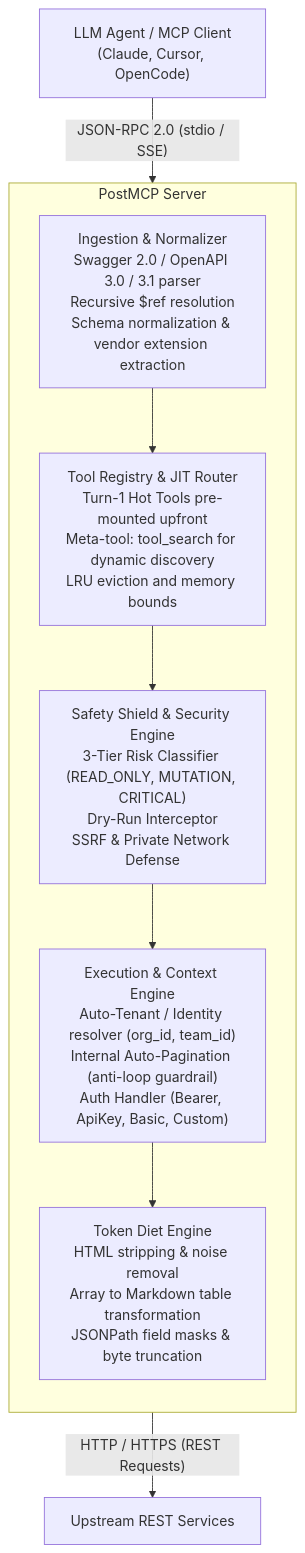
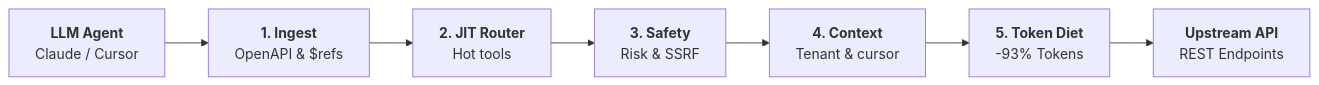
One commit to BraveRam/postmcp changed the diagram in packages/studio/content/docs/architecture.mdx. Above: the diagram before and after it, drawn with Mermaid. The commit also changed 2 other files, not shown here.

Commit message:
style(docs): optimize architecture and token-diet diagrams to horizontal layout with concise labels

````diff
--- a/packages/studio/content/docs/architecture.mdx
+++ b/packages/studio/content/docs/architecture.mdx
@@ -10,21 +10,10 @@
 ```mermaid
-graph TD
-  Client["LLM Agent / MCP Client<br/>(Claude, Cursor, OpenCode)"]
-  Client -->|"JSON-RPC 2.0 (stdio / SSE)"| Engine["PostMCP Server"]
-
-  subgraph Engine ["PostMCP Server"]
-    direction TB
-    P1["Ingestion & Normalizer<br/>Swagger 2.0 / OpenAPI 3.0 / 3.1 parser<br/>Recursive $ref resolution<br/>Schema normalization & vendor extension extraction"]
-    P2["Tool Registry & JIT Router<br/>Turn-1 Hot Tools pre-mounted upfront<br/>Meta-tool: tool_search for dynamic discovery<br/>LRU eviction and memory bounds"]
-    P3["Safety Shield & Security Engine<br/>3-Tier Risk Classifier (READ_ONLY, MUTATION, CRITICAL)<br/>Dry-Run Interceptor<br/>SSRF & Private Network Defense"]
-    P4["Execution & Context Engine<br/>Auto-Tenant / Identity resolver (org_id, team_id)<br/>Internal Auto-Pagination (anti-loop guardrail)<br/>Auth Handler (Bearer, ApiKey, Basic, Custom)"]
-    P5["Token Diet Engine<br/>HTML stripping & noise removal<br/>Array to Markdown table transformation<br/>JSONPath field masks & byte truncation"]
-
-    P1 --> P2
-    P2 --> P3
-    P3 --> P4
-    P4 --> P5
-  end
-
-  Engine -->|"HTTP / HTTPS (REST Requests)"| Services["Upstream REST Services"]
+flowchart LR
+  Client["<b>LLM Agent</b><br/>Claude / Cursor"]
+  --> P1["<b>1. Ingest</b><br/>OpenAPI & $refs"]
+  --> P2["<b>2. JIT Router</b><br/>Hot tools"]
+  --> P3["<b>3. Safety</b><br/>Risk & SSRF"]
+  --> P4["<b>4. Context</b><br/>Tenant & cursor"]
+  --> P5["<b>5. Token Diet</b><br/>-93% Tokens"]
+  --> API["<b>Upstream API</b><br/>REST Endpoints"]
 ```
````
